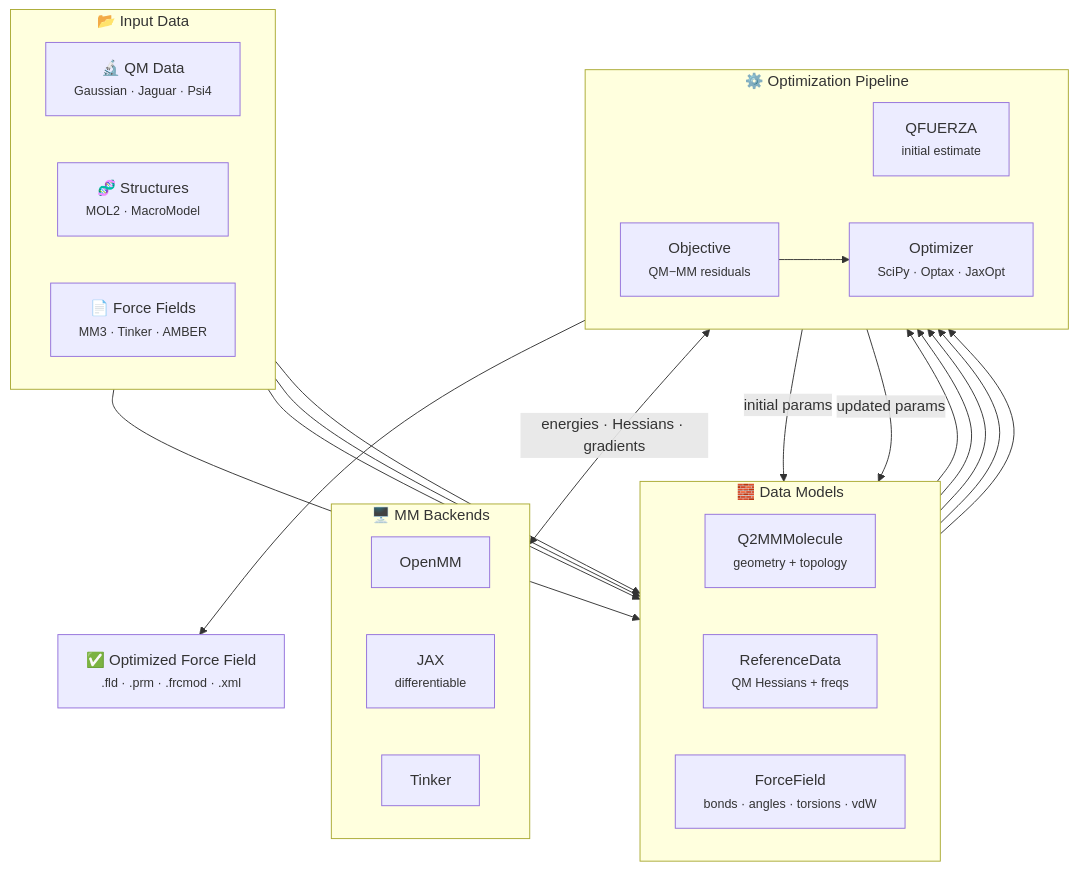
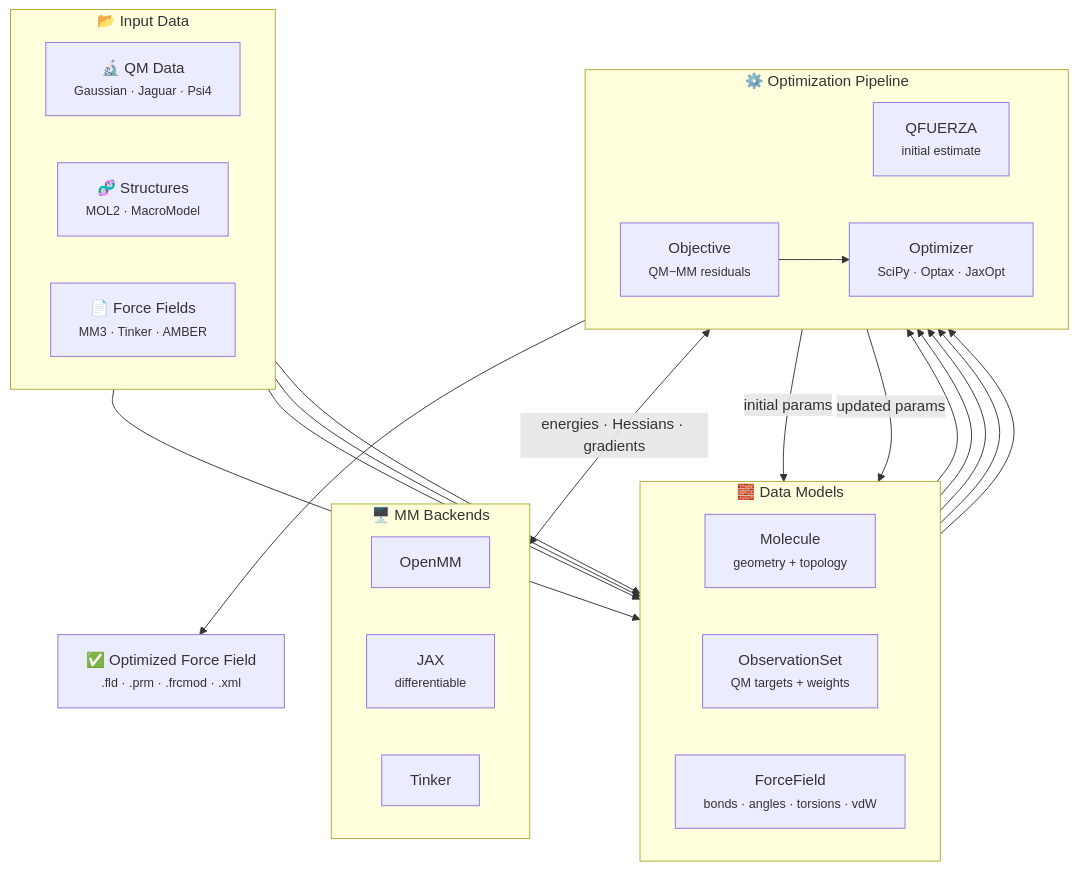
Before and after one commit to ericchansen/q2mm: the diagram in docs/index.md, drawn with Mermaid. The commit also changed other lines of this file and 185 other files, not shown here.

````diff
--- a/docs/index.md
+++ b/docs/index.md
@@ -41,57 +41,57 @@
 ```mermaid
 flowchart TD
     %% ── Input sources ──
     subgraph Inputs["📂 Input Data"]
         direction LR
         QM["🔬 QM Data<br/><small>Gaussian · Jaguar · Psi4</small>"]
         STRUCT["🧬 Structures<br/><small>MOL2 · MacroModel</small>"]
         FFIN["📄 Force Fields<br/><small>MM3 · Tinker · AMBER</small>"]
     end
 
     %% ── Models ──
     subgraph Models["🧱 Data Models"]
         direction LR
-        MOL["Q2MMMolecule<br/><small>geometry + topology</small>"]
-        RD["ReferenceData<br/><small>QM Hessians + freqs</small>"]
+        MOL["Molecule<br/><small>geometry + topology</small>"]
+        RD["ObservationSet<br/><small>QM targets + weights</small>"]
         FF["ForceField<br/><small>bonds · angles · torsions · vdW</small>"]
     end
 
     %% ── Core pipeline ──
     subgraph Pipeline["⚙️ Optimization Pipeline"]
         direction LR
         QFUERZA["QFUERZA<br/><small>initial estimate</small>"]
         OBJ["Objective<br/><small>QM−MM residuals</small>"]
         OPT["Optimizer<br/><small>SciPy · Optax · JaxOpt</small>"]
     end
 
     %% ── Backends ──
     subgraph Backends["🖥️ MM Backends"]
         direction LR
         OMM["OpenMM"]
         JX["JAX<br/><small>differentiable</small>"]
         TK["Tinker"]
     end
 
     %% ── Output ──
     FFOUT["✅ Optimized Force Field<br/><small>.fld · .prm · .frcmod · .xml</small>"]
 
     %% ── Connections ──
     QM --> RD
     QM --> MOL
     STRUCT --> MOL
     FFIN --> FF
 
     MOL --> QFUERZA
     FF --> QFUERZA
     QFUERZA -->|"initial params"| FF
 
     RD --> OBJ
     FF --> OBJ
     MOL --> OBJ
     OBJ --> OPT
 
     OPT <-->|"energies · Hessians · gradients"| Backends
     OPT -->|"updated params"| FF
 
     OPT --> FFOUT
 ```
````
